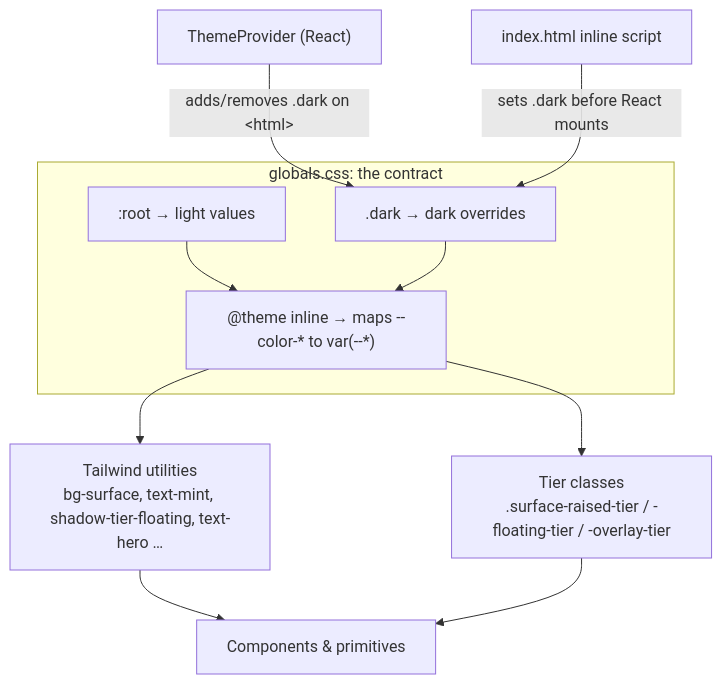
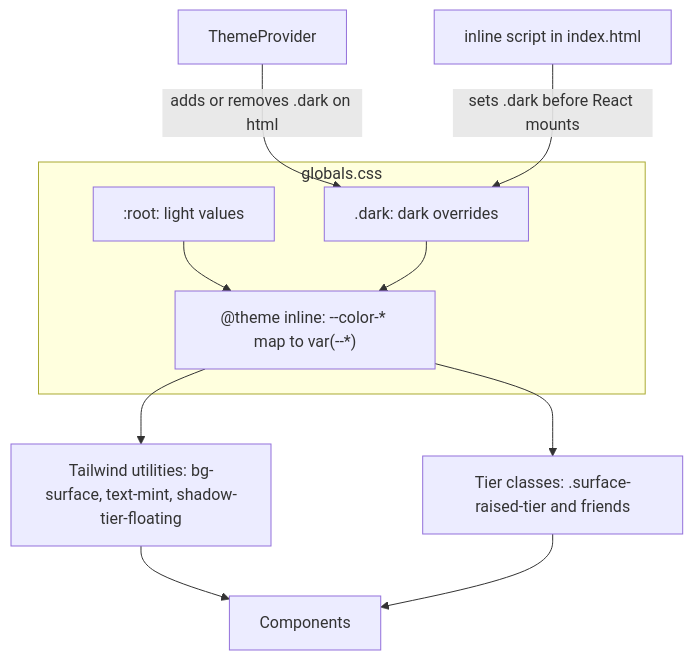
One commit to clawboo/clawboo changed the diagram in docs/internals/design-system.md. Above: the diagram before and after it, drawn with Mermaid. The commit also changed other lines of this file and 81 other files, not shown here.

````diff
--- a/docs/internals/design-system.md
+++ b/docs/internals/design-system.md
@@ -16,17 +26,17 @@
 ```mermaid
 flowchart TD
-    subgraph tokens["globals.css: the contract"]
-        root[":root → light values"]
-        dark[".dark → dark overrides"]
-        theme["@theme inline → maps --color-* to var(--*)"]
+    subgraph tokens["globals.css"]
+        root[":root: light values"]
+        dark[".dark: dark overrides"]
+        theme["@theme inline: --color-* map to var(--*)"]
     end
     root --> theme
     dark --> theme
-    theme --> utils["Tailwind utilities<br/>bg-surface, text-mint, shadow-tier-floating, text-hero …"]
-    theme --> tiers["Tier classes<br/>.surface-raised-tier / -floating-tier / -overlay-tier"]
-    utils --> comp["Components &amp; primitives"]
+    theme --> utils["Tailwind utilities: bg-surface, text-mint, shadow-tier-floating"]
+    theme --> tiers["Tier classes: .surface-raised-tier and friends"]
+    utils --> comp["Components"]
     tiers --> comp
 
-    tp["ThemeProvider (React)"] -->|"adds/removes .dark on &lt;html&gt;"| dark
-    init["index.html inline script"] -->|"sets .dark before React mounts"| dark
+    tp["ThemeProvider"] -->|"adds or removes .dark on html"| dark
+    init["inline script in index.html"] -->|"sets .dark before React mounts"| dark
 ```
````
